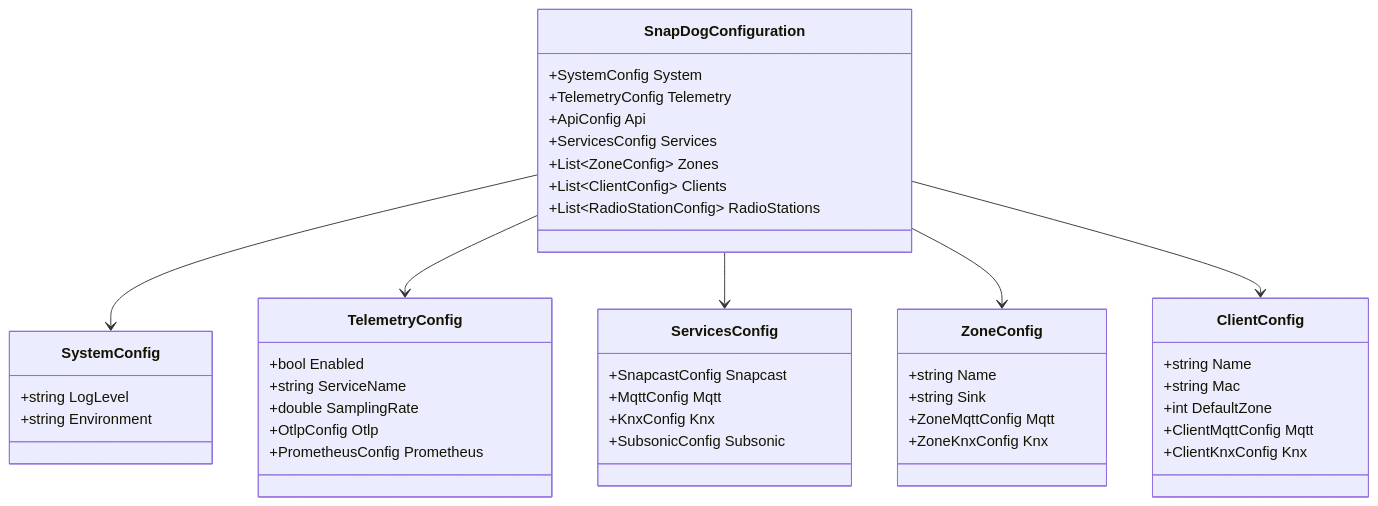
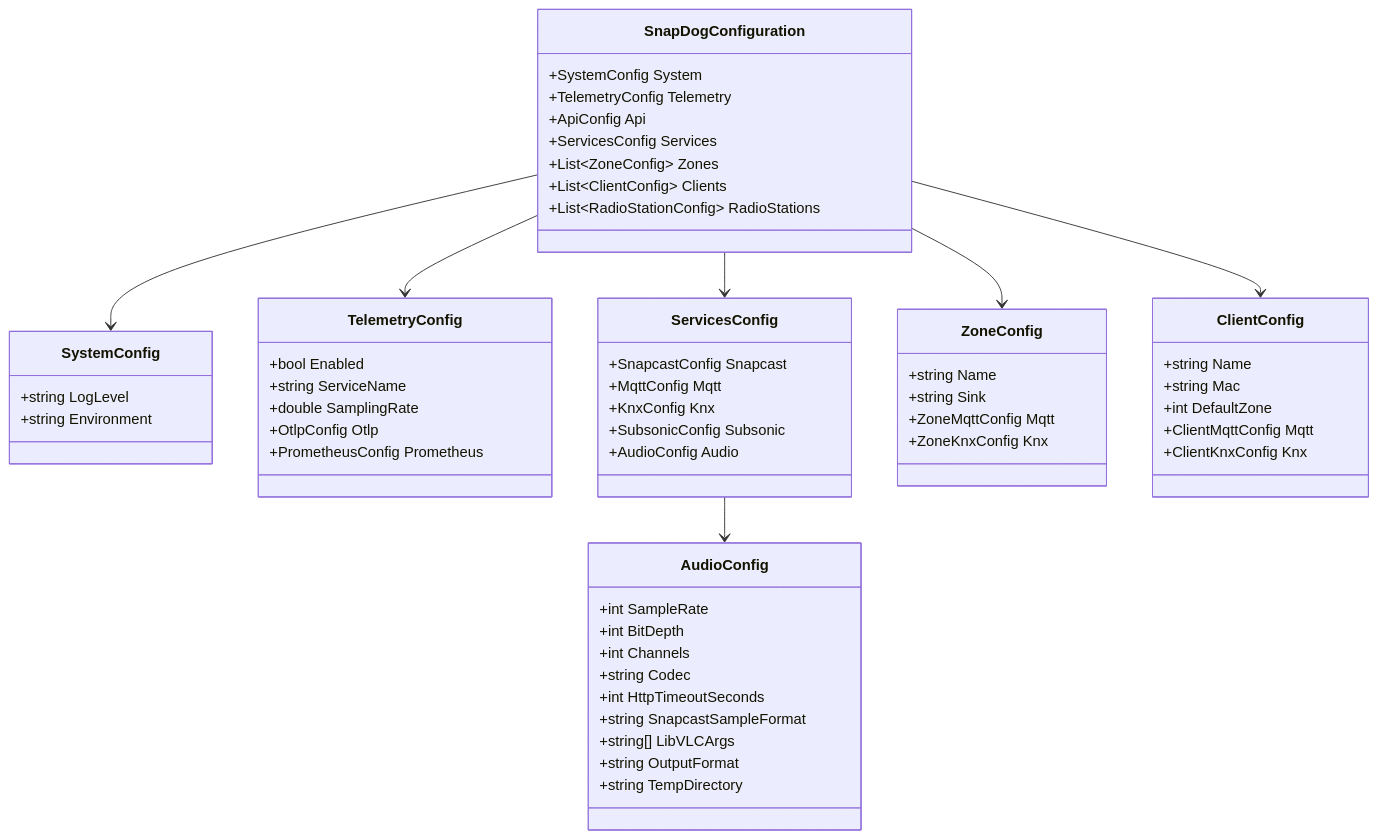
The diagram in docs/blueprint/10-configuration-system.md (metaneutrons/snapdog2), drawn with Mermaid before and after one commit. The commit also changed other lines of this file and 16 other files, not shown here.

First line of the commit message:
feat: implement streamlined audio configuration with LibVLC integration (90% complete)

````diff
--- a/docs/blueprint/10-configuration-system.md
+++ b/docs/blueprint/10-configuration-system.md
@@ -11,53 +11,67 @@
 ```mermaid
 classDiagram
     class SnapDogConfiguration {
         +SystemConfig System
         +TelemetryConfig Telemetry
         +ApiConfig Api
         +ServicesConfig Services
         +List~ZoneConfig~ Zones
         +List~ClientConfig~ Clients
         +List~RadioStationConfig~ RadioStations
     }
 
     class SystemConfig {
         +string LogLevel
         +string Environment
     }
 
     class TelemetryConfig {
         +bool Enabled
         +string ServiceName
         +double SamplingRate
         +OtlpConfig Otlp
         +PrometheusConfig Prometheus
     }
 
     class ServicesConfig {
         +SnapcastConfig Snapcast
         +MqttConfig Mqtt
         +KnxConfig Knx
         +SubsonicConfig Subsonic
+        +AudioConfig Audio
     }
 
     class ZoneConfig {
         +string Name
         +string Sink
         +ZoneMqttConfig Mqtt
         +ZoneKnxConfig Knx
     }
 
     class ClientConfig {
         +string Name
         +string Mac
         +int DefaultZone
         +ClientMqttConfig Mqtt
         +ClientKnxConfig Knx
     }
 
+    class AudioConfig {
+        +int SampleRate
+        +int BitDepth
+        +int Channels
+        +string Codec
+        +int HttpTimeoutSeconds
+        +string SnapcastSampleFormat
+        +string[] LibVLCArgs
+        +string OutputFormat
+        +string TempDirectory
+    }
+
     SnapDogConfiguration --> SystemConfig
     SnapDogConfiguration --> TelemetryConfig
     SnapDogConfiguration --> ServicesConfig
     SnapDogConfiguration --> ZoneConfig
     SnapDogConfiguration --> ClientConfig
+    ServicesConfig --> AudioConfig
 ```
````
